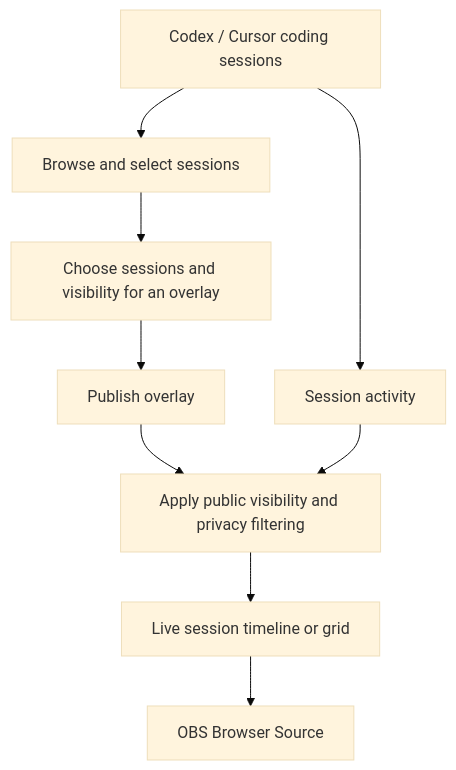
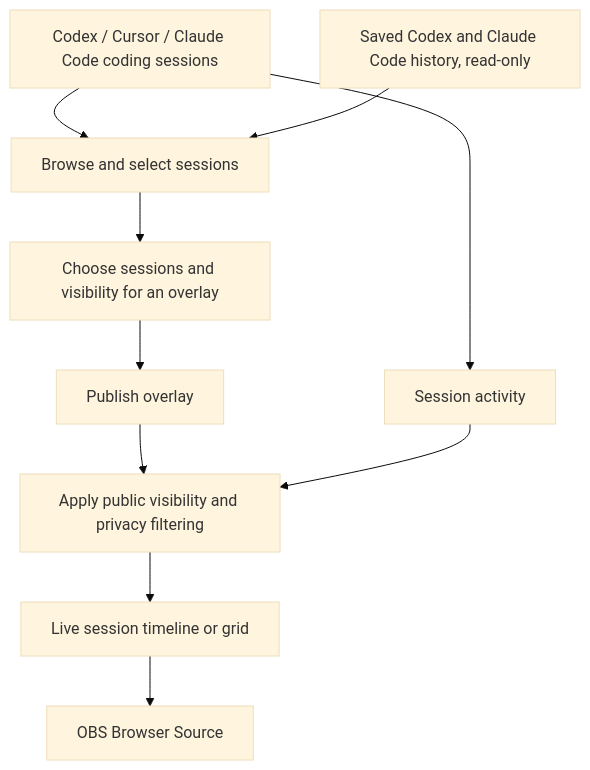
Before and after one commit to mayank-devac/Twitching: the first of 5 diagrams in README.md, drawn with Mermaid (base theme). The commit also changed other lines of this file and 34 other files, not shown here.

````diff
--- a/README.md
+++ b/README.md
@@ -215,11 +219,12 @@
 ```mermaid
 flowchart TD
-    Sessions[Codex / Cursor coding sessions] --> Browser[Browse and select sessions]
+    Sessions[Codex / Cursor / Claude Code coding sessions] --> Browser[Browse and select sessions]
+    Saved[Saved Codex and Claude Code history, read-only] --> Browser
     Browser --> Overlay[Choose sessions and visibility for an overlay]
     Overlay --> Publish[Publish overlay]
     Sessions --> Activity[Session activity]
     Publish --> Filter[Apply public visibility and privacy filtering]
     Activity --> Filter
     Filter --> Timeline[Live session timeline or grid]
     Timeline --> OBS[OBS Browser Source]
 ```
````
